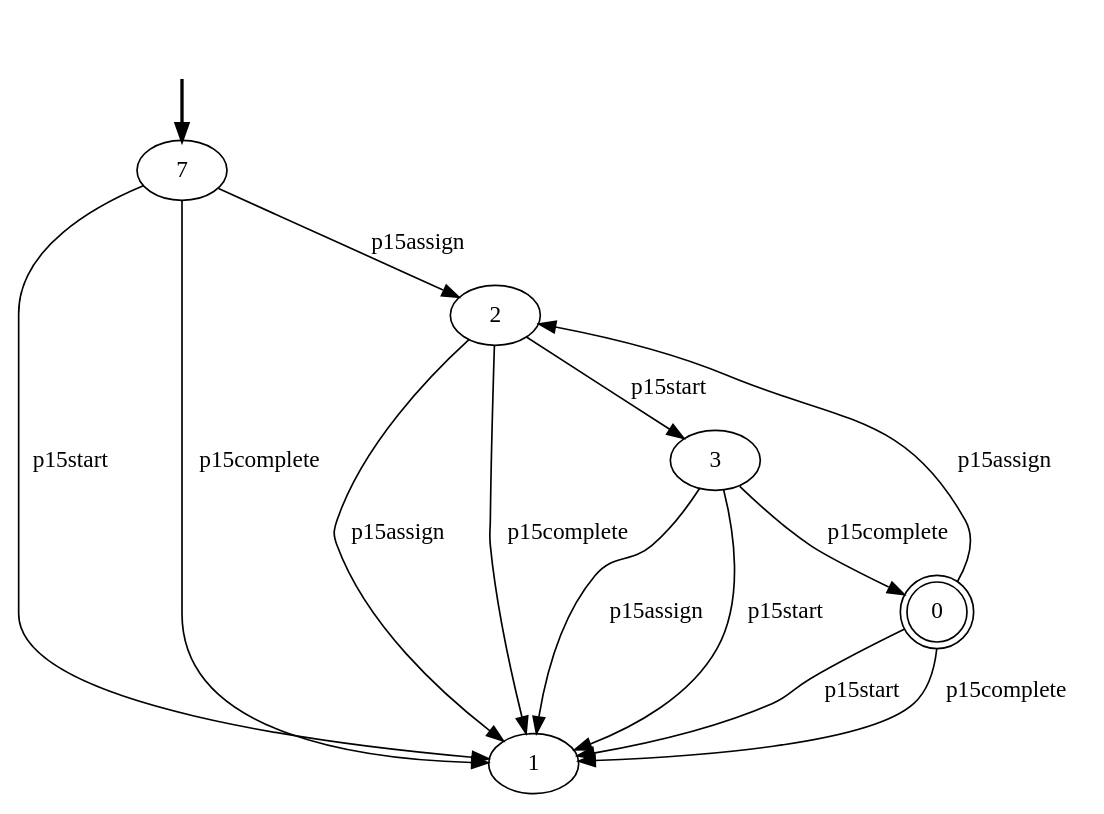
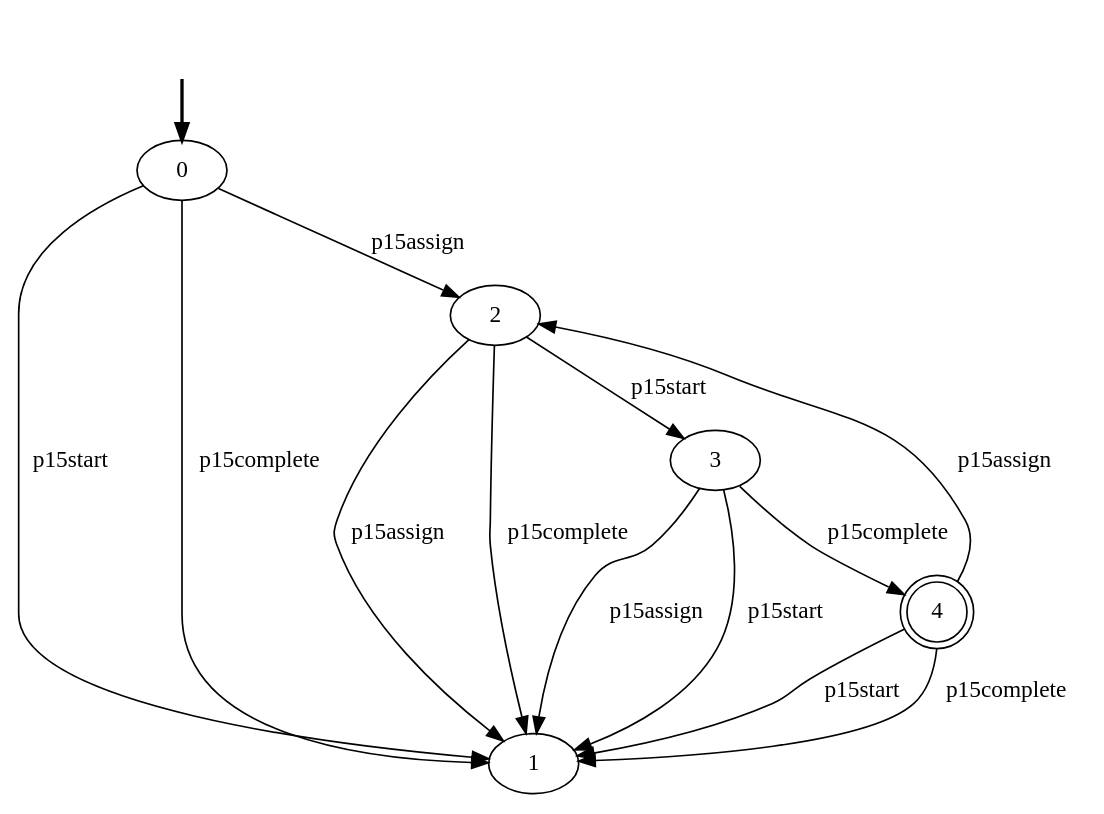
One commit to GianmarcoBordin/pddlTranslator changed the diagram in out/production/Aligner/declarative-models/Data-Aware/5-CONSTRAINTS/p15_lifecycle.dot. Above: the diagram before and after it, drawn with Graphviz. The commit also changed 50 other files, not shown here.

```diff
--- a/out/production/Aligner/declarative-models/Data-Aware/5-CONSTRAINTS/p15_lifecycle.dot
+++ b/out/production/Aligner/declarative-models/Data-Aware/5-CONSTRAINTS/p15_lifecycle.dot
@@ -1,21 +1,21 @@
 digraph {
-	fake7 [style=invisible]
-	7 [root=true]
+	fake0 [style=invisible]
+	0 [root=true]
 	1
 	2
 	3
-	0 [shape=doublecircle]
-	fake7 -> 7 [style=bold]
+	4 [shape=doublecircle]
+	fake0 -> 0 [style=bold]
 	2 -> 1 [label=p15assign]
 	2 -> 3 [label=p15start]
 	2 -> 1 [label=p15complete]
 	3 -> 1 [label=p15assign]
 	3 -> 1 [label=p15start]
-	3 -> 0 [label=p15complete]
+	3 -> 4 [label=p15complete]
+	4 -> 2 [label=p15assign]
+	4 -> 1 [label=p15start]
+	4 -> 1 [label=p15complete]
 	0 -> 2 [label=p15assign]
 	0 -> 1 [label=p15start]
 	0 -> 1 [label=p15complete]
-	7 -> 2 [label=p15assign]
-	7 -> 1 [label=p15start]
-	7 -> 1 [label=p15complete]
 }
```
